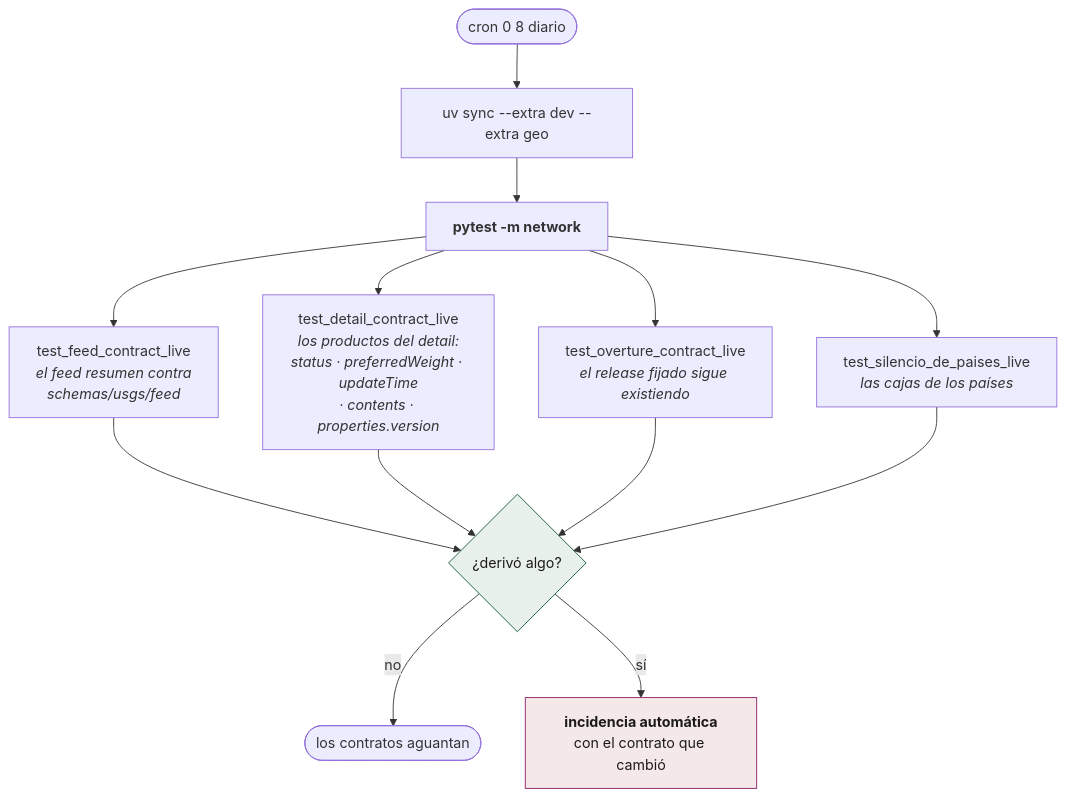
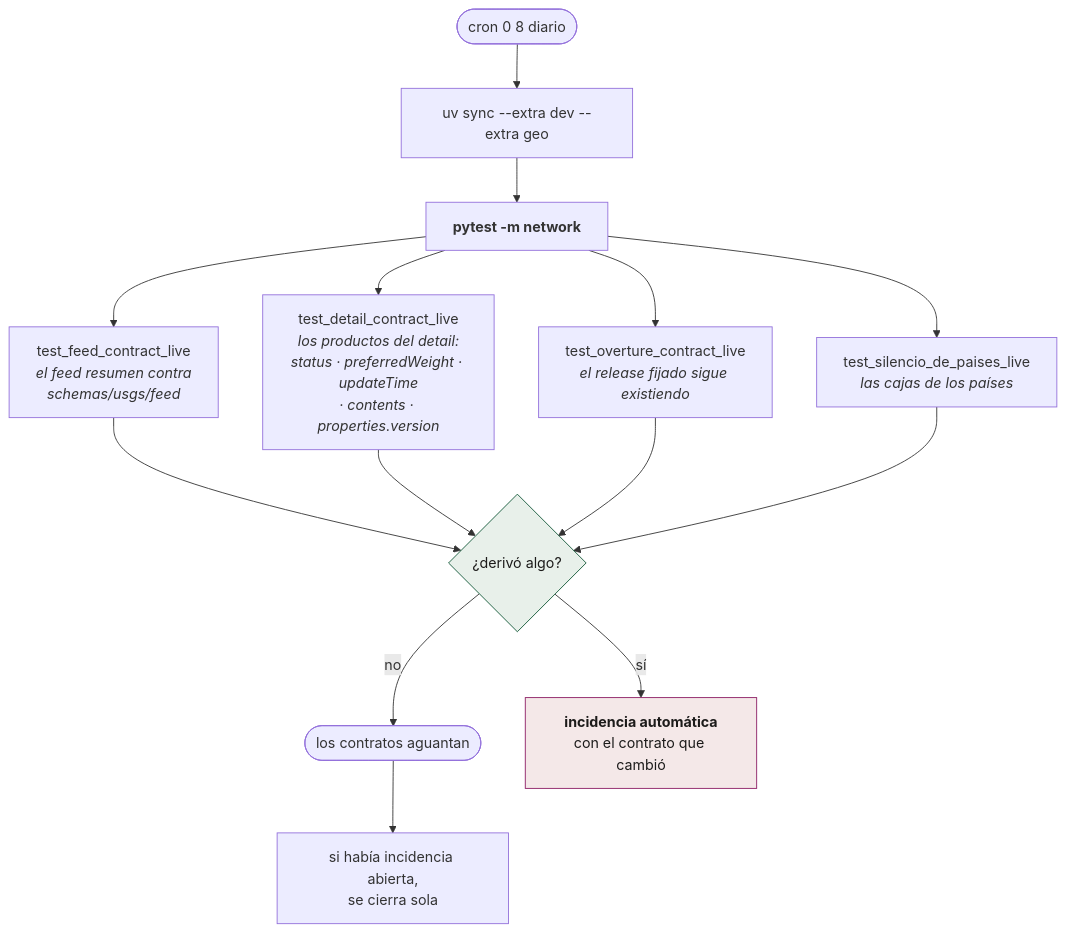
The eighth of 14 diagrams in docs/acciones/por-reloj.md (sforero77/CENTINELA), drawn with Mermaid before and after one commit. The commit also changed other lines of this file and 12 other files, not shown here.

````diff
--- a/docs/acciones/por-reloj.md
+++ b/docs/acciones/por-reloj.md
@@ -325,21 +327,22 @@
 ```mermaid
 flowchart TB
   R(["cron 0 8 diario"]) --> SYNC["uv sync --extra dev --extra geo"]
   SYNC --> RUN["<b>pytest -m network</b>"]
 
   RUN --> T1["test_feed_contract_live<br/><i>el feed resumen contra<br/>schemas/usgs/feed</i>"]
   RUN --> T2["test_detail_contract_live<br/><i>los productos del detail:<br/>status · preferredWeight · updateTime<br/>· contents · properties.version</i>"]
   RUN --> T3["test_overture_contract_live<br/><i>el release fijado sigue existiendo</i>"]
   RUN --> T4["test_silencio_de_paises_live<br/><i>las cajas de los países</i>"]
 
   T1 --> V{"¿derivó algo?"}
   T2 --> V
   T3 --> V
   T4 --> V
 
   V -->|no| OK(["los contratos aguantan"])
   V -->|sí| ISSUE["<b>incidencia automática</b><br/>con el contrato que cambió"]
+  OK --> CIERRA["si había incidencia abierta,<br/>se cierra sola"]
 
   style V fill:#e8f0ea,stroke:#0f5636,color:#1c1b1a
   style ISSUE fill:#f4e8e8,stroke:#8c1d64,color:#1c1b1a
 ```
````
